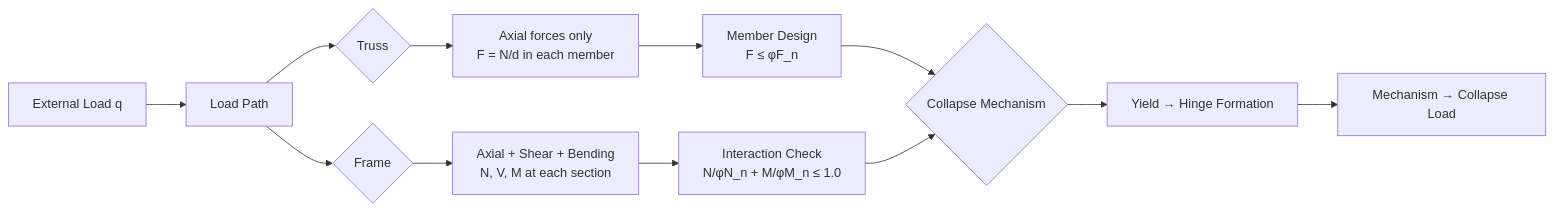
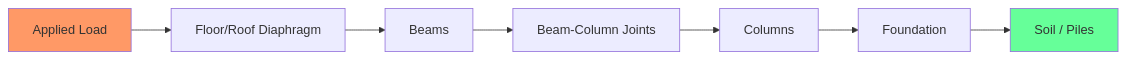
The first of 5 diagrams in MIT_CEE_Core/Track_2_Mechanics_Materials/Structural_Design/03_1.036_Structural_Mechanics_and_Design.md (yip-lgtm/civil-bootcamp), drawn with Mermaid before and after one commit. The commit also changed other lines of this file, not shown here.

Commit message:
Clean rewrite of 1.036 Structural Mechanics and Design — Multi-Agent Pipeline (no garbage content)

````diff
--- a/MIT_CEE_Core/Track_2_Mechanics_Materials/Structural_Design/03_1.036_Structural_Mechanics_and_Design.md
+++ b/MIT_CEE_Core/Track_2_Mechanics_Materials/Structural_Design/03_1.036_Structural_Mechanics_and_Design.md
@@ -97,14 +123,11 @@
 ```mermaid
-graph LR
-    A[External Load q] --> B[Load Path]
-    B --> C{Truss}
-    B --> D{Frame}
-    C --> E[Axial forces only<br/>F = N/d in each member]
-    D --> F[Axial + Shear + Bending<br/>N, V, M at each section]
-    E --> G[Member Design<br/>F ≤ φF_n]
-    F --> H[Interaction Check<br/>N/φN_n + M/φM_n ≤ 1.0]
-    G --> I{Collapse Mechanism}
-    H --> I
-    I --> J[Yield → Hinge Formation]
-    J --> K[Mechanism → Collapse Load]
+flowchart LR
+    A[Applied Load] --> B[Floor/Roof Diaphragm]
+    B --> C[Beams]
+    C --> D[Beam-Column Joints]
+    D --> E[Columns]
+    E --> F[Foundation]
+    F --> G[Soil / Piles]
+    style A fill:#f96
+    style G fill:#6f9
 ```
````
